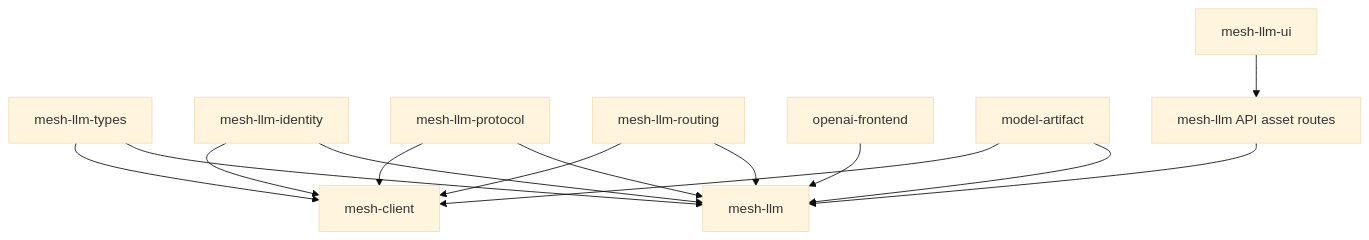
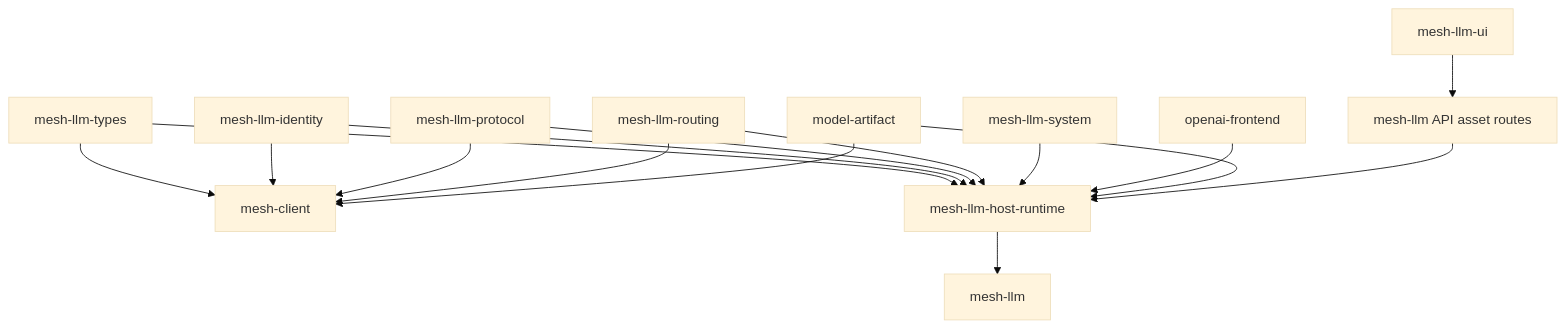
One commit to michaelneale/mesh-llm changed the first of 2 diagrams in docs/design/CRATE_DECOMPOSITION.md. Above: the diagram before and after it, drawn with Mermaid (base theme). The commit also changed other lines of this file and 170 other files, not shown here.

Commit message:
Decompose mesh-llm app crate into host runtime

````diff
--- a/docs/design/CRATE_DECOMPOSITION.md
+++ b/docs/design/CRATE_DECOMPOSITION.md
@@ -35,27 +43,31 @@
 ```mermaid
 flowchart TD
     types["mesh-llm-types"]
     client["mesh-client"]
     identity["mesh-llm-identity"]
-    host["mesh-llm"]
+    host_runtime["mesh-llm-host-runtime"]
+    app["mesh-llm"]
+    system["mesh-llm-system"]
     protocol["mesh-llm-protocol"]
     routing["mesh-llm-routing"]
     openai["openai-frontend"]
     artifact["model-artifact"]
     ui["mesh-llm-ui"]
     api_assets["mesh-llm API asset routes"]
 
     types --> client
-    types --> host
+    types --> host_runtime
     identity --> client
-    identity --> host
+    identity --> host_runtime
     protocol --> client
-    protocol --> host
+    protocol --> host_runtime
     routing --> client
-    routing --> host
-    openai --> host
+    routing --> host_runtime
+    system --> host_runtime
+    openai --> host_runtime
     artifact --> client
-    artifact --> host
+    artifact --> host_runtime
     ui --> api_assets
-    api_assets --> host
+    api_assets --> host_runtime
+    host_runtime --> app
 ```
````
